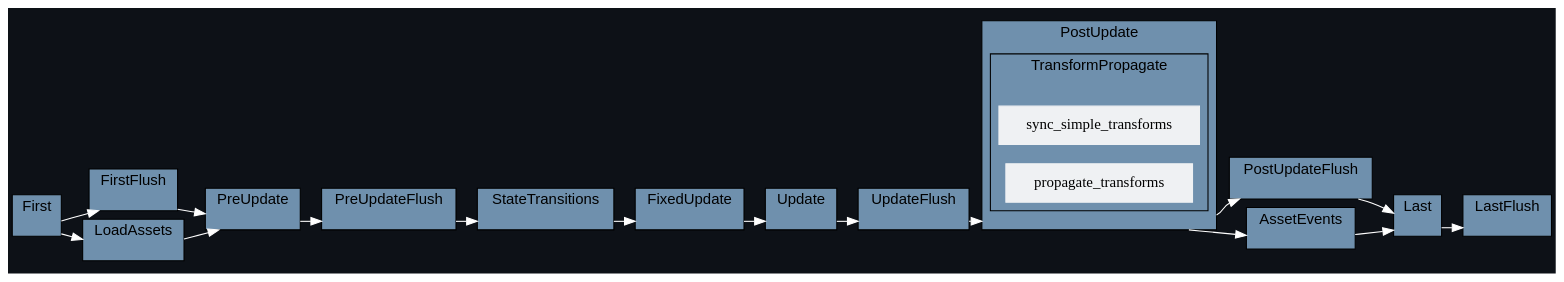
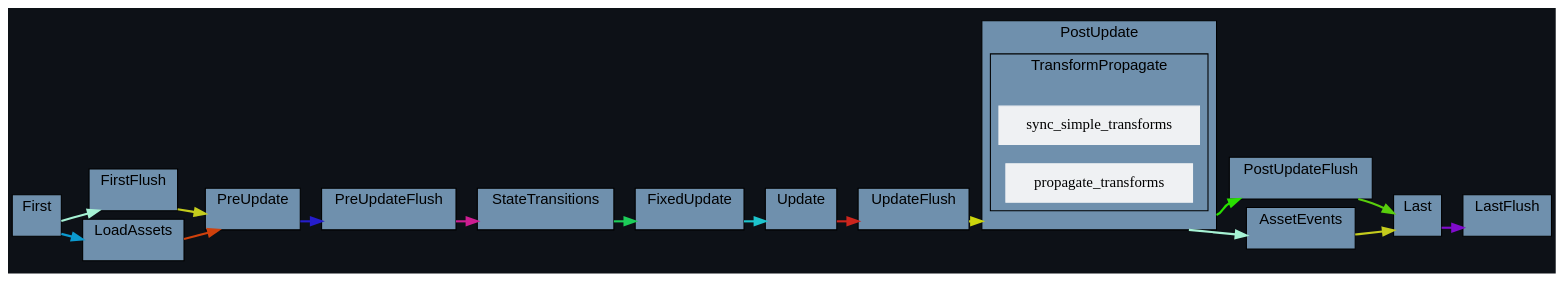
Before and after one commit to jakobhellermann/bevy_mod_debugdump: the diagram in docs/by-crate/dark/schedule_Main_bevy_transform.dot, drawn with Graphviz. The commit also changed 99 other files, not shown here.

```diff
--- a/docs/by-crate/dark/schedule_Main_bevy_transform.dot
+++ b/docs/by-crate/dark/schedule_Main_bevy_transform.dot
@@ -1,116 +1,146 @@
-digraph "schedule" {
+digraph "" {
 	"compound"="true";
 	"splines"="spline";
 	"rankdir"="LR";
 	"bgcolor"="#0d1117";
 	"fontname"="Helvetica";
+	edge ["penwidth"="2"];
 	node ["shape"="box", "style"="filled", "fillcolor"="#eff1f3", "color"="#eff1f3"];
-	edge ["color"="white"];
 	subgraph "clusternode_Set(0)" {
 		"label"="Update";
+		"tooltip"="Update";
 		"bgcolor"="#6f90ad";
+		"color"="black";
 		"set_marker_node_Set(0)" ["style"="invis", "label"="", "height"="0", "shape"="point"]
 	}
 	
 	subgraph "clusternode_Set(2)" {
 		"label"="FirstFlush";
+		"tooltip"="FirstFlush";
 		"bgcolor"="#6f90ad";
+		"color"="black";
 		"set_marker_node_Set(2)" ["style"="invis", "label"="", "height"="0", "shape"="point"]
 	}
 	
 	subgraph "clusternode_Set(3)" {
 		"label"="PreUpdateFlush";
+		"tooltip"="PreUpdateFlush";
 		"bgcolor"="#6f90ad";
+		"color"="black";
 		"set_marker_node_Set(3)" ["style"="invis", "label"="", "height"="0", "shape"="point"]
 	}
 	
 	subgraph "clusternode_Set(4)" {
 		"label"="UpdateFlush";
+		"tooltip"="UpdateFlush";
 		"bgcolor"="#6f90ad";
+		"color"="black";
 		"set_marker_node_Set(4)" ["style"="invis", "label"="", "height"="0", "shape"="point"]
 	}
 	
 	subgraph "clusternode_Set(5)" {
 		"label"="PostUpdateFlush";
+		"tooltip"="PostUpdateFlush";
 		"bgcolor"="#6f90ad";
+		"color"="black";
 		"set_marker_node_Set(5)" ["style"="invis", "label"="", "height"="0", "shape"="point"]
 	}
 	
 	subgraph "clusternode_Set(6)" {
 		"label"="LastFlush";
+		"tooltip"="LastFlush";
 		"bgcolor"="#6f90ad";
+		"color"="black";
 		"set_marker_node_Set(6)" ["style"="invis", "label"="", "height"="0", "shape"="point"]
 	}
 	
 	subgraph "clusternode_Set(7)" {
 		"label"="First";
+		"tooltip"="First";
 		"bgcolor"="#6f90ad";
+		"color"="black";
 		"set_marker_node_Set(7)" ["style"="invis", "label"="", "height"="0", "shape"="point"]
 	}
 	
 	subgraph "clusternode_Set(8)" {
 		"label"="PreUpdate";
+		"tooltip"="PreUpdate";
 		"bgcolor"="#6f90ad";
+		"color"="black";
 		"set_marker_node_Set(8)" ["style"="invis", "label"="", "height"="0", "shape"="point"]
 	}
 	
 	subgraph "clusternode_Set(9)" {
 		"label"="StateTransitions";
+		"tooltip"="StateTransitions";
 		"bgcolor"="#6f90ad";
+		"color"="black";
 		"set_marker_node_Set(9)" ["style"="invis", "label"="", "height"="0", "shape"="point"]
 	}
 	
 	subgraph "clusternode_Set(10)" {
 		"label"="FixedUpdate";
+		"tooltip"="FixedUpdate";
 		"bgcolor"="#6f90ad";
+		"color"="black";
 		"set_marker_node_Set(10)" ["style"="invis", "label"="", "height"="0", "shape"="point"]
 	}
 	
 	subgraph "clusternode_Set(11)" {
 		"label"="PostUpdate";
+		"tooltip"="PostUpdate";
 		"bgcolor"="#6f90ad";
+		"color"="black";
 		"set_marker_node_Set(11)" ["style"="invis", "label"="", "height"="0", "shape"="point"]
 		subgraph "clusternode_Set(20)" {
 			"label"="TransformPropagate";
+			"tooltip"="TransformPropagate";
 			"bgcolor"="#6f90ad";
+			"color"="black";
 			"set_marker_node_Set(20)" ["style"="invis", "label"="", "height"="0", "shape"="point"]
-			"node_System(11)" ["label"="sync_simple_transforms"]
-			"node_System(12)" ["label"="propagate_transforms"]
+			"node_System(11)" ["label"="sync_simple_transforms", "tooltip"="bevy_transform::systems::sync_simple_transforms"]
+			"node_System(12)" ["label"="propagate_transforms", "tooltip"="bevy_transform::systems::propagate_transforms"]
 		}
 		
 	}
 	
 	subgraph "clusternode_Set(12)" {
 		"label"="Last";
+		"tooltip"="Last";
 		"bgcolor"="#6f90ad";
+		"color"="black";
 		"set_marker_node_Set(12)" ["style"="invis", "label"="", "height"="0", "shape"="point"]
 	}
 	
 	subgraph "clusternode_Set(58)" {
 		"label"="LoadAssets";
+		"tooltip"="LoadAssets";
 		"bgcolor"="#6f90ad";
+		"color"="black";
 		"set_marker_node_Set(58)" ["style"="invis", "label"="", "height"="0", "shape"="point"]
 	}
 	
 	subgraph "clusternode_Set(59)" {
 		"label"="AssetEvents";
+		"tooltip"="AssetEvents";
 		"bgcolor"="#6f90ad";
+		"color"="black";
 		"set_marker_node_Set(59)" ["style"="invis", "label"="", "height"="0", "shape"="point"]
 	}
 	
-	"set_marker_node_Set(7)" -> "set_marker_node_Set(2)" ["lhead"="clusternode_Set(2)", "ltail"="clusternode_Set(7)"]
-	"set_marker_node_Set(2)" -> "set_marker_node_Set(8)" ["lhead"="clusternode_Set(8)", "ltail"="clusternode_Set(2)"]
-	"set_marker_node_Set(8)" -> "set_marker_node_Set(3)" ["lhead"="clusternode_Set(3)", "ltail"="clusternode_Set(8)"]
-	"set_marker_node_Set(3)" -> "set_marker_node_Set(9)" ["lhead"="clusternode_Set(9)", "ltail"="clusternode_Set(3)"]
-	"set_marker_node_Set(9)" -> "set_marker_node_Set(10)" ["lhead"="clusternode_Set(10)", "ltail"="clusternode_Set(9)"]
-	"set_marker_node_Set(10)" -> "set_marker_node_Set(0)" ["lhead"="clusternode_Set(0)", "ltail"="clusternode_Set(10)"]
-	"set_marker_node_Set(0)" -> "set_marker_node_Set(4)" ["lhead"="clusternode_Set(4)", "ltail"="clusternode_Set(0)"]
-	"set_marker_node_Set(4)" -> "set_marker_node_Set(11)" ["lhead"="clusternode_Set(11)", "ltail"="clusternode_Set(4)"]
-	"set_marker_node_Set(11)" -> "set_marker_node_Set(5)" ["lhead"="clusternode_Set(5)", "ltail"="clusternode_Set(11)"]
-	"set_marker_node_Set(5)" -> "set_marker_node_Set(12)" ["lhead"="clusternode_Set(12)", "ltail"="clusternode_Set(5)"]
-	"set_marker_node_Set(12)" -> "set_marker_node_Set(6)" ["lhead"="clusternode_Set(6)", "ltail"="clusternode_Set(12)"]
-	"set_marker_node_Set(58)" -> "set_marker_node_Set(8)" ["lhead"="clusternode_Set(8)", "ltail"="clusternode_Set(58)"]
-	"set_marker_node_Set(7)" -> "set_marker_node_Set(58)" ["lhead"="clusternode_Set(58)", "ltail"="clusternode_Set(7)"]
-	"set_marker_node_Set(11)" -> "set_marker_node_Set(59)" ["lhead"="clusternode_Set(59)", "ltail"="clusternode_Set(11)"]
-	"set_marker_node_Set(59)" -> "set_marker_node_Set(12)" ["lhead"="clusternode_Set(12)", "ltail"="clusternode_Set(59)"]
+	"set_marker_node_Set(7)" -> "set_marker_node_Set(2)" ["lhead"="clusternode_Set(2)", "ltail"="clusternode_Set(7)", "tooltip"="First → FirstFlush", "color"="#a6f2d4"]
+	"set_marker_node_Set(2)" -> "set_marker_node_Set(8)" ["lhead"="clusternode_Set(8)", "ltail"="clusternode_Set(2)", "tooltip"="FirstFlush → PreUpdate", "color"="#c4cc1d"]
+	"set_marker_node_Set(8)" -> "set_marker_node_Set(3)" ["lhead"="clusternode_Set(3)", "ltail"="clusternode_Set(8)", "tooltip"="PreUpdate → PreUpdateFlush", "color"="#251dcc"]
+	"set_marker_node_Set(3)" -> "set_marker_node_Set(9)" ["lhead"="clusternode_Set(9)", "ltail"="clusternode_Set(3)", "tooltip"="PreUpdateFlush → StateTransitions", "color"="#cd1d91"]
+	"set_marker_node_Set(9)" -> "set_marker_node_Set(10)" ["lhead"="clusternode_Set(10)", "ltail"="clusternode_Set(9)", "tooltip"="StateTransitions → FixedUpdate", "color"="#1dcd59"]
+	"set_marker_node_Set(10)" -> "set_marker_node_Set(0)" ["lhead"="clusternode_Set(0)", "ltail"="clusternode_Set(10)", "tooltip"="FixedUpdate → Update", "color"="#1dc4cc"]
+	"set_marker_node_Set(0)" -> "set_marker_node_Set(4)" ["lhead"="clusternode_Set(4)", "ltail"="clusternode_Set(0)", "tooltip"="Update → UpdateFlush", "color"="#cc251d"]
+	"set_marker_node_Set(4)" -> "set_marker_node_Set(11)" ["lhead"="clusternode_Set(11)", "ltail"="clusternode_Set(4)", "tooltip"="UpdateFlush → PostUpdate", "color"="#ccd60d"]
+	"set_marker_node_Set(11)" -> "set_marker_node_Set(5)" ["lhead"="clusternode_Set(5)", "ltail"="clusternode_Set(11)", "tooltip"="PostUpdate → PostUpdateFlush", "color"="#29e000"]
+	"set_marker_node_Set(5)" -> "set_marker_node_Set(12)" ["lhead"="clusternode_Set(12)", "ltail"="clusternode_Set(5)", "tooltip"="PostUpdateFlush → Last", "color"="#58cd0c"]
+	"set_marker_node_Set(12)" -> "set_marker_node_Set(6)" ["lhead"="clusternode_Set(6)", "ltail"="clusternode_Set(12)", "tooltip"="Last → LastFlush", "color"="#810ccd"]
+	"set_marker_node_Set(58)" -> "set_marker_node_Set(8)" ["lhead"="clusternode_Set(8)", "ltail"="clusternode_Set(58)", "tooltip"="LoadAssets → PreUpdate", "color"="#cf410c"]
+	"set_marker_node_Set(7)" -> "set_marker_node_Set(58)" ["lhead"="clusternode_Set(58)", "ltail"="clusternode_Set(7)", "tooltip"="First → LoadAssets", "color"="#0c9acf"]
+	"set_marker_node_Set(11)" -> "set_marker_node_Set(59)" ["lhead"="clusternode_Set(59)", "ltail"="clusternode_Set(11)", "tooltip"="PostUpdate → AssetEvents", "color"="#a6f2d4"]
+	"set_marker_node_Set(59)" -> "set_marker_node_Set(12)" ["lhead"="clusternode_Set(12)", "ltail"="clusternode_Set(59)", "tooltip"="AssetEvents → Last", "color"="#c4cc1d"]
 }
```
